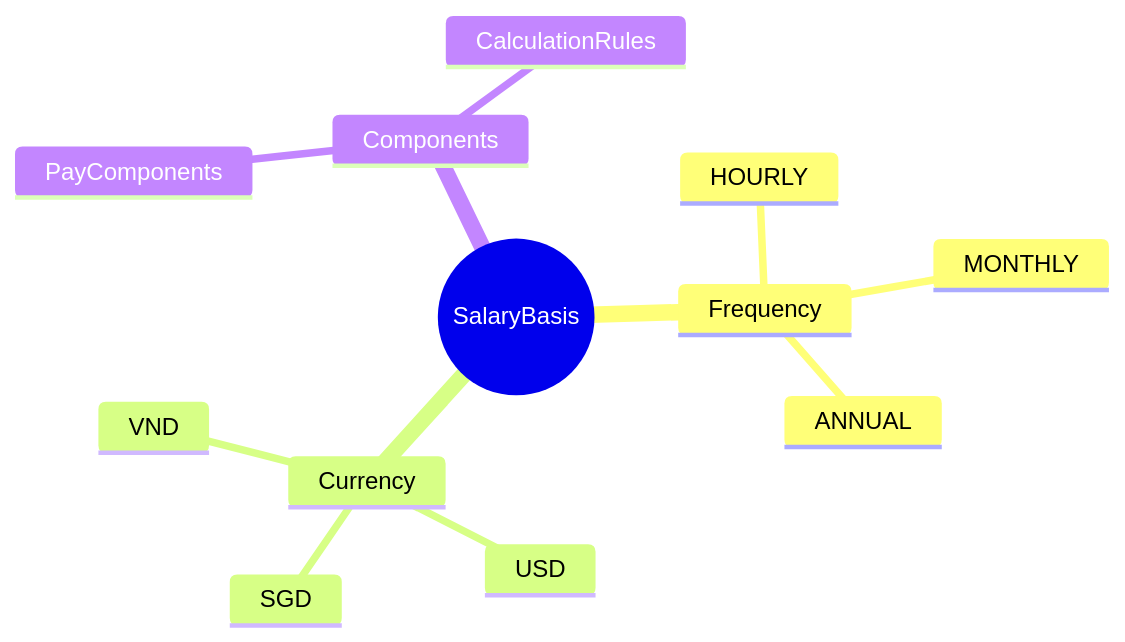
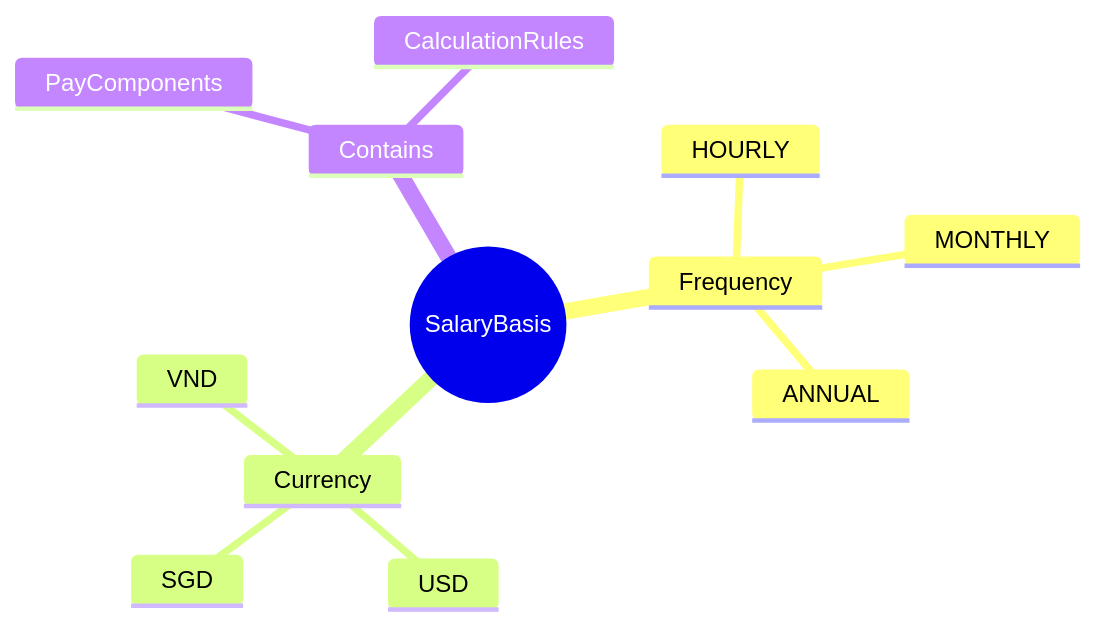
The first of 4 diagrams in docs/01-modules/TR/00-ontology/domain/compensation/salary-basis.onto.md (a4b-corporation/xTalent), drawn with Mermaid before and after one commit. The commit also changed other lines of this file and 14 other files, not shown here.

````diff
--- a/docs/01-modules/TR/00-ontology/domain/compensation/salary-basis.onto.md
+++ b/docs/01-modules/TR/00-ontology/domain/compensation/salary-basis.onto.md
@@ -127,15 +129,15 @@
 ```mermaid
 mindmap
   root((SalaryBasis))
     Frequency
       HOURLY
       MONTHLY
       ANNUAL
     Currency
       VND
       USD
       SGD
-    Components
+    Contains
       PayComponents
       CalculationRules
 ```
````
